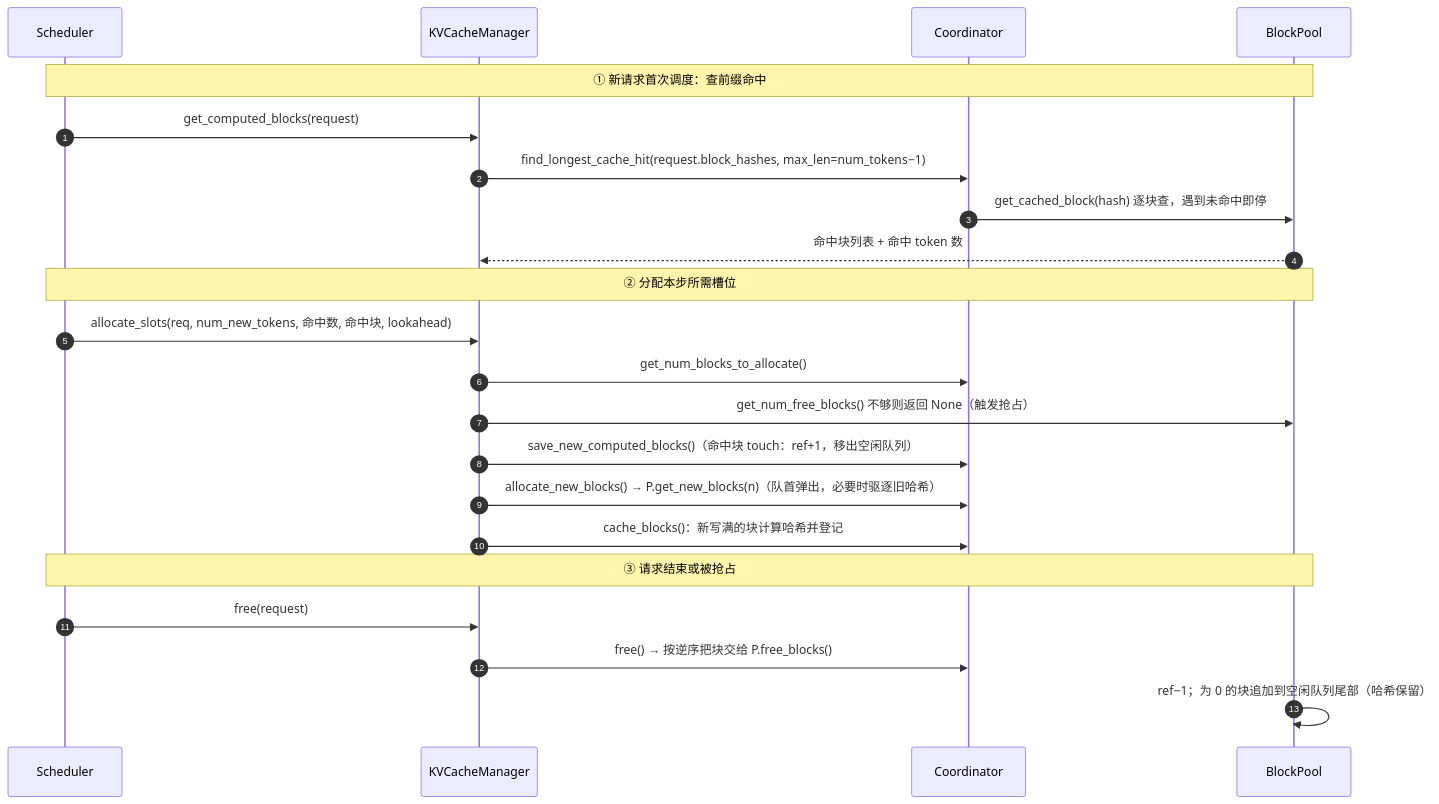
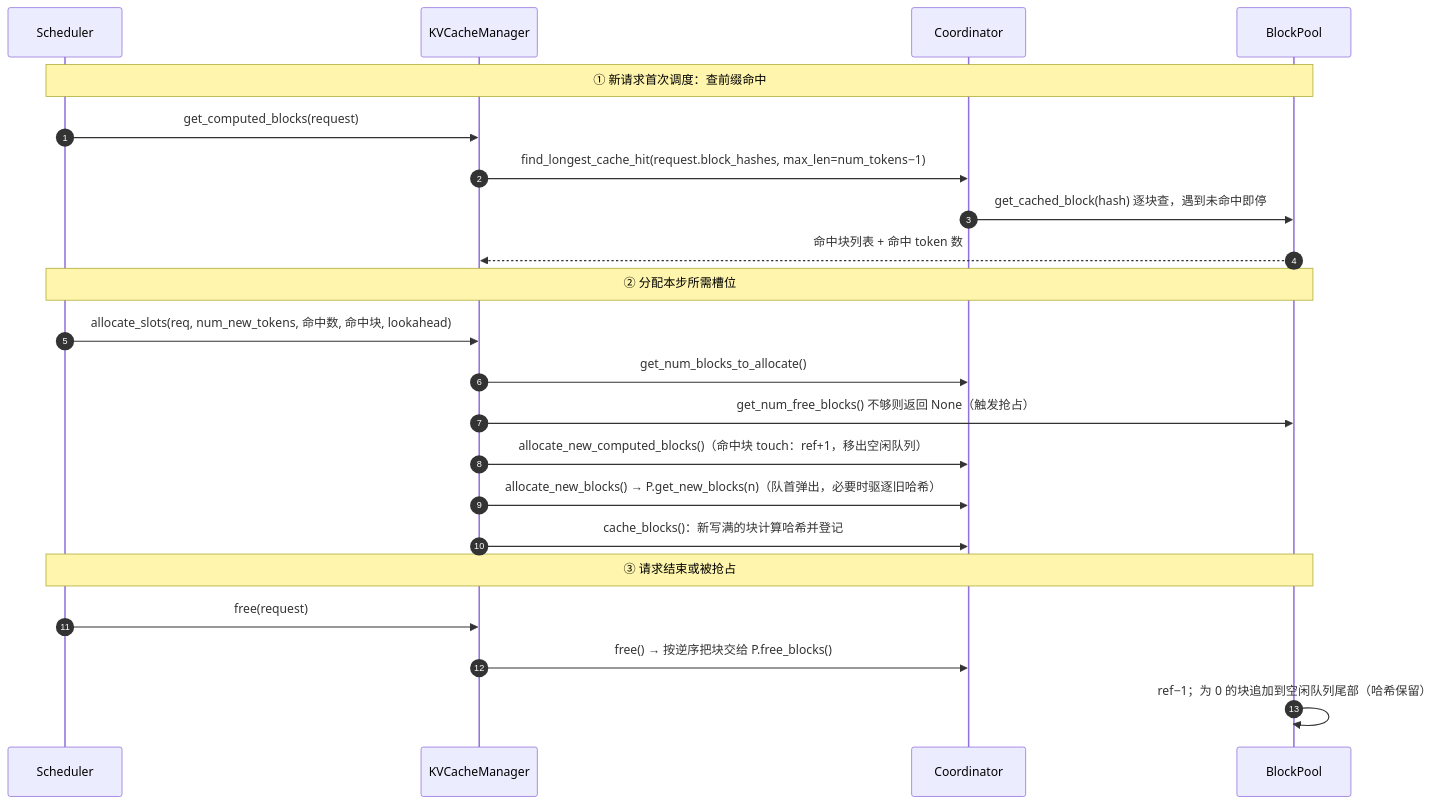
Before and after one commit to Wedsonlin/vllm_code: the diagram in course/revised/diagrams-src/B4/B4-fig2.mmd, drawn with Mermaid. The commit also changed 36 other files, not shown here.

Commit message:
course: audit diagrams against vLLM v0.30.0; follow-up text fixes

```diff
--- a/course/revised/diagrams-src/B4/B4-fig2.mmd
+++ b/course/revised/diagrams-src/B4/B4-fig2.mmd
@@ -1,22 +1,22 @@
 sequenceDiagram
   autonumber
   participant S as Scheduler
   participant M as KVCacheManager
   participant C as Coordinator
   participant P as BlockPool
   Note over S,P: ① 新请求首次调度：查前缀命中
   S->>M: get_computed_blocks(request)
   M->>C: find_longest_cache_hit(request.block_hashes, max_len=num_tokens−1)
   C->>P: get_cached_block(hash) 逐块查，遇到未命中即停
   P-->>M: 命中块列表 + 命中 token 数
   Note over S,P: ② 分配本步所需槽位
   S->>M: allocate_slots(req, num_new_tokens, 命中数, 命中块, lookahead)
   M->>C: get_num_blocks_to_allocate()
   M->>P: get_num_free_blocks() 不够则返回 None（触发抢占）
-  M->>C: save_new_computed_blocks()（命中块 touch：ref+1，移出空闲队列）
+  M->>C: allocate_new_computed_blocks()（命中块 touch：ref+1，移出空闲队列）
   M->>C: allocate_new_blocks() → P.get_new_blocks(n)（队首弹出，必要时驱逐旧哈希）
   M->>C: cache_blocks()：新写满的块计算哈希并登记
   Note over S,P: ③ 请求结束或被抢占
   S->>M: free(request)
   M->>C: free() → 按逆序把块交给 P.free_blocks()
   P->>P: ref−1；为 0 的块追加到空闲队列尾部（哈希保留）
```
